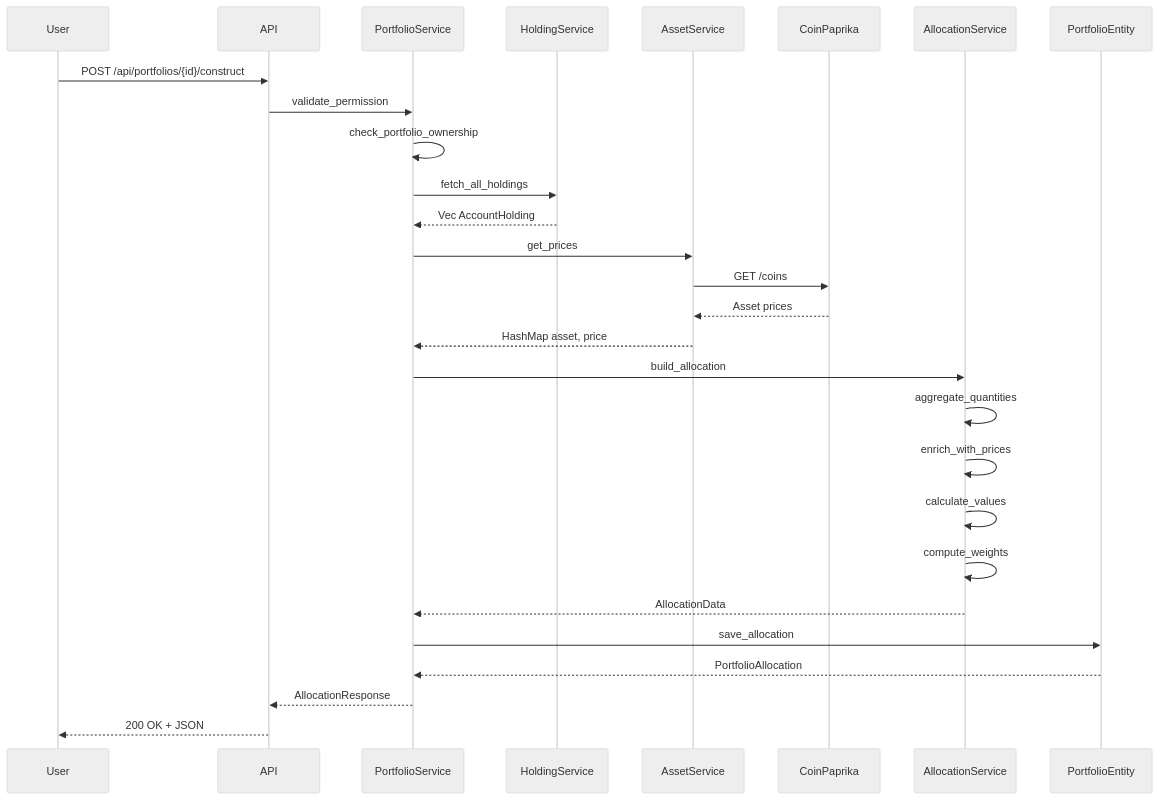
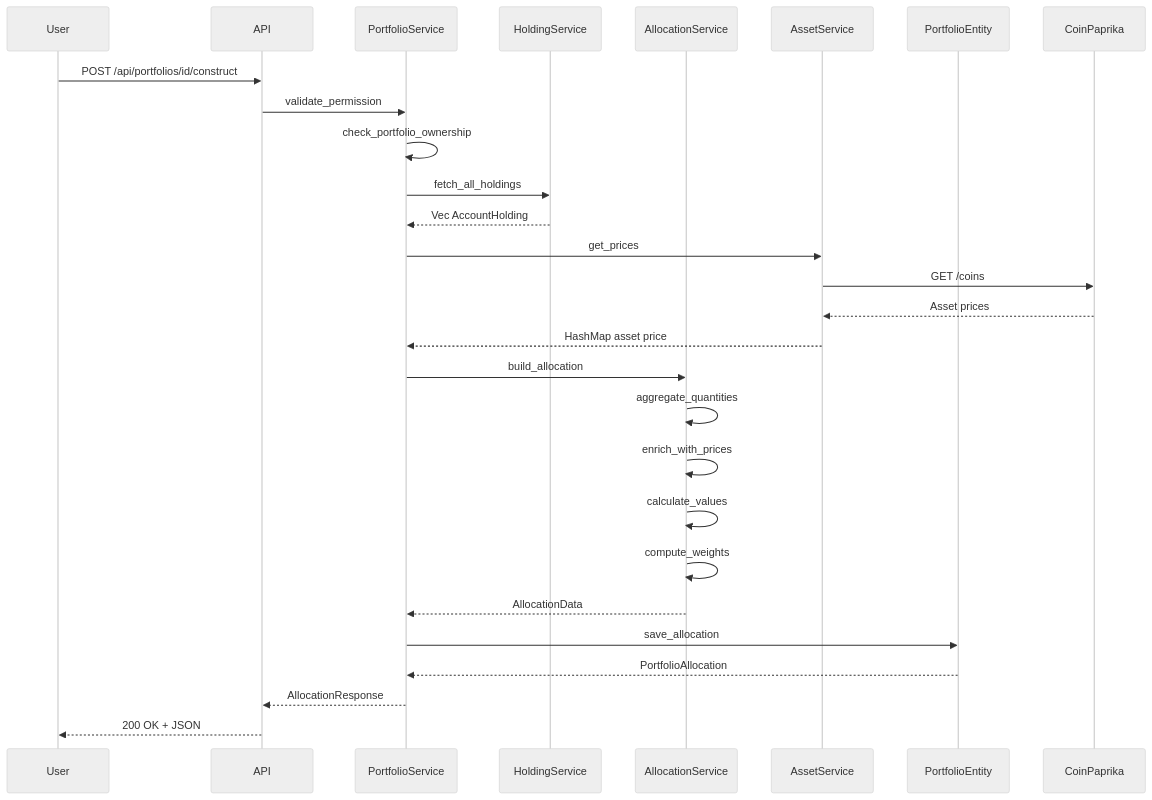
The third of 3 diagrams in docs/architecture/01-architecture-design/03-business-services.md (doitsu2014/crypto-pocket-butler), drawn with Mermaid (neutral theme) before and after one commit. The commit also changed other lines of this file and 3 other files, not shown here.

First line of the commit message:
docs: Fix all Mermaid syntax errors for GitHub compatibility

````diff
--- a/docs/architecture/01-architecture-design/03-business-services.md
+++ b/docs/architecture/01-architecture-design/03-business-services.md
@@ -59,22 +81,31 @@
 ```mermaid
 sequenceDiagram
-    User->>API: POST /api/portfolios/{id}/construct
-    API->>PortfolioService: validate_permission
-    PortfolioService->>PortfolioService: check_portfolio_ownership
-    PortfolioService->>HoldingService: fetch_all_holdings
-    HoldingService-->>PortfolioService: Vec AccountHolding
-    PortfolioService->>AssetService: get_prices
-    AssetService->>CoinPaprika: GET /coins
-    CoinPaprika-->>AssetService: Asset prices
-    AssetService-->>PortfolioService: HashMap asset, price
-    PortfolioService->>AllocationService: build_allocation
-    AllocationService->>AllocationService: aggregate_quantities
-    AllocationService->>AllocationService: enrich_with_prices
-    AllocationService->>AllocationService: calculate_values
-    AllocationService->>AllocationService: compute_weights
-    AllocationService-->>PortfolioService: AllocationData
-    PortfolioService->>PortfolioEntity: save_allocation
-    PortfolioEntity-->>PortfolioService: PortfolioAllocation
-    PortfolioService-->>API: AllocationResponse
-    API-->>User: 200 OK + JSON
+    participant U as User
+    participant A as API
+    participant PS as PortfolioService
+    participant HS as HoldingService
+    participant ALS as AllocationService
+    participant AS as AssetService
+    participant PE as PortfolioEntity
+    participant CP as CoinPaprika
+
+    U->>A: POST /api/portfolios/id/construct
+    A->>PS: validate_permission
+    PS->>PS: check_portfolio_ownership
+    PS->>HS: fetch_all_holdings
+    HS-->>PS: Vec AccountHolding
+    PS->>AS: get_prices
+    AS->>CP: GET /coins
+    CP-->>AS: Asset prices
+    AS-->>PS: HashMap asset price
+    PS->>ALS: build_allocation
+    ALS->>ALS: aggregate_quantities
+    ALS->>ALS: enrich_with_prices
+    ALS->>ALS: calculate_values
+    ALS->>ALS: compute_weights
+    ALS-->>PS: AllocationData
+    PS->>PE: save_allocation
+    PE-->>PS: PortfolioAllocation
+    PS-->>A: AllocationResponse
+    A-->>U: 200 OK + JSON
 ```
````
